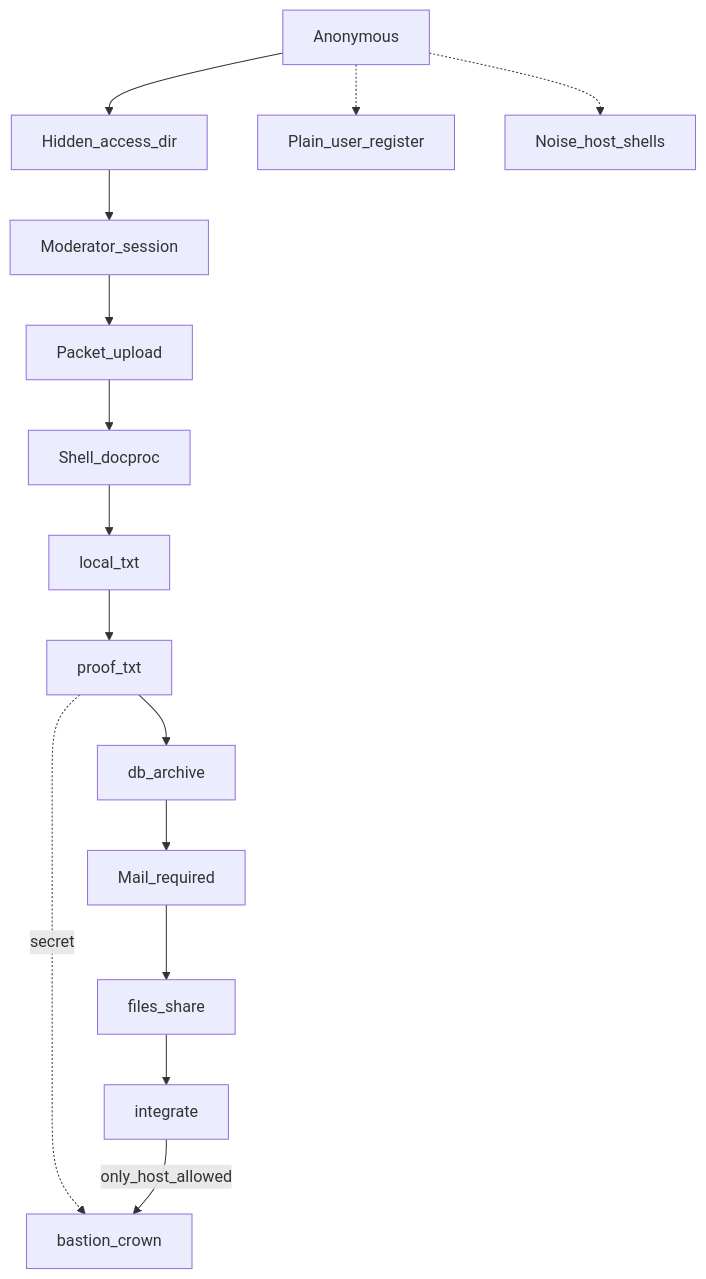
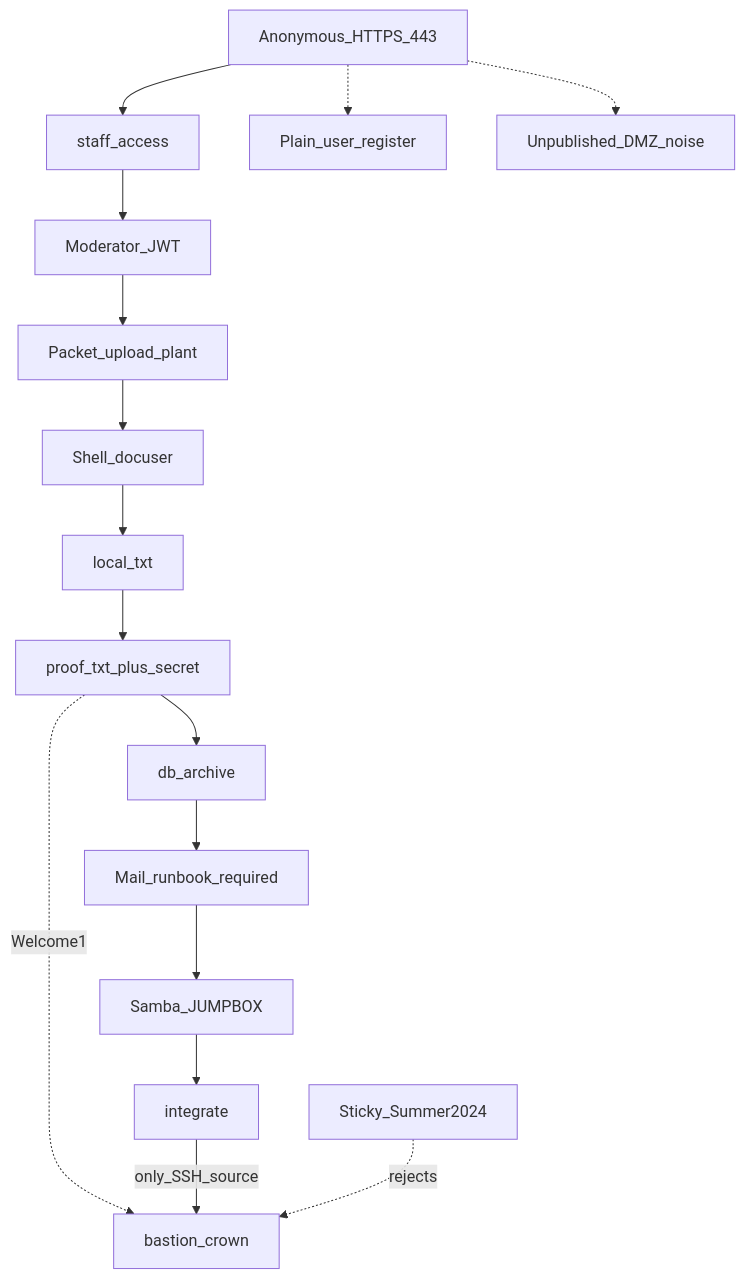
One commit to KLJr-Dev/KC-Project changed the diagram in docs/diagrams/c10-v1.10.0-attack-graph.md. Above: the diagram before and after it, drawn with Mermaid. The commit also changed other lines of this file and 14 other files, not shown here.

````diff
--- a/docs/diagrams/c10-v1.10.0-attack-graph.md
+++ b/docs/diagrams/c10-v1.10.0-attack-graph.md
@@ -3,26 +5,28 @@
 ```mermaid
 flowchart TD
-  anon[Anonymous]
-  hidden[Hidden_access_dir]
-  mod[Moderator_session]
-  up[Packet_upload]
-  shell[Shell_docproc]
+  anon[Anonymous_HTTPS_443]
+  hidden[staff_access]
+  mod[Moderator_JWT]
+  up[Packet_upload_plant]
+  shell[Shell_docuser]
   local[local_txt]
-  root[proof_txt]
+  root[proof_txt_plus_secret]
   arch[db_archive]
-  mail[Mail_required]
-  files[files_share]
+  mail[Mail_runbook_required]
+  files[Samba_JUMPBOX]
   integ[integrate]
   bast[bastion_crown]
 
   anon --> hidden --> mod --> up --> shell --> local --> root
   root --> arch --> mail
   mail --> files --> integ
-  root -.->|secret| bast
-  integ -->|only_host_allowed| bast
+  root -.->|Welcome1| bast
+  integ -->|only_SSH_source| bast
 
   noiseU[Plain_user_register]
-  noiseH[Noise_host_shells]
+  noiseH[Unpublished_DMZ_noise]
+  sticky[Sticky_Summer2024]
   anon -.-> noiseU
   anon -.-> noiseH
+  sticky -.->|rejects| bast
 ```
````
